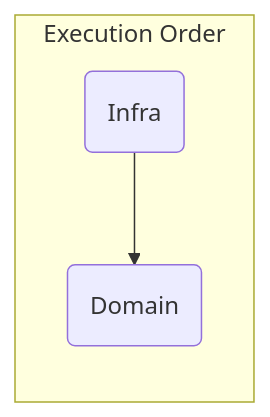
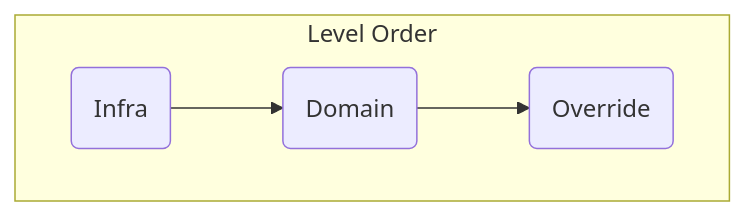
The second of 2 diagrams in docs/recipes/data-source.md (mouseless/baked), drawn with Mermaid before and after one commit. The commit also changed 1 other file, not shown here.

Commit message:
review changes
- add override level to data source
- change graph directions

````diff
--- a/docs/recipes/data-source.md
+++ b/docs/recipes/data-source.md
@@ -109,10 +109,12 @@
 ```mermaid
 flowchart
   I(Infra)
   D(Domain)
+  O(Override)
 
-  subgraph Execution Order
-    direction TB
+  subgraph Level Order
+    direction LR
     I --> D
+    D --> O
   end
 ```
````
